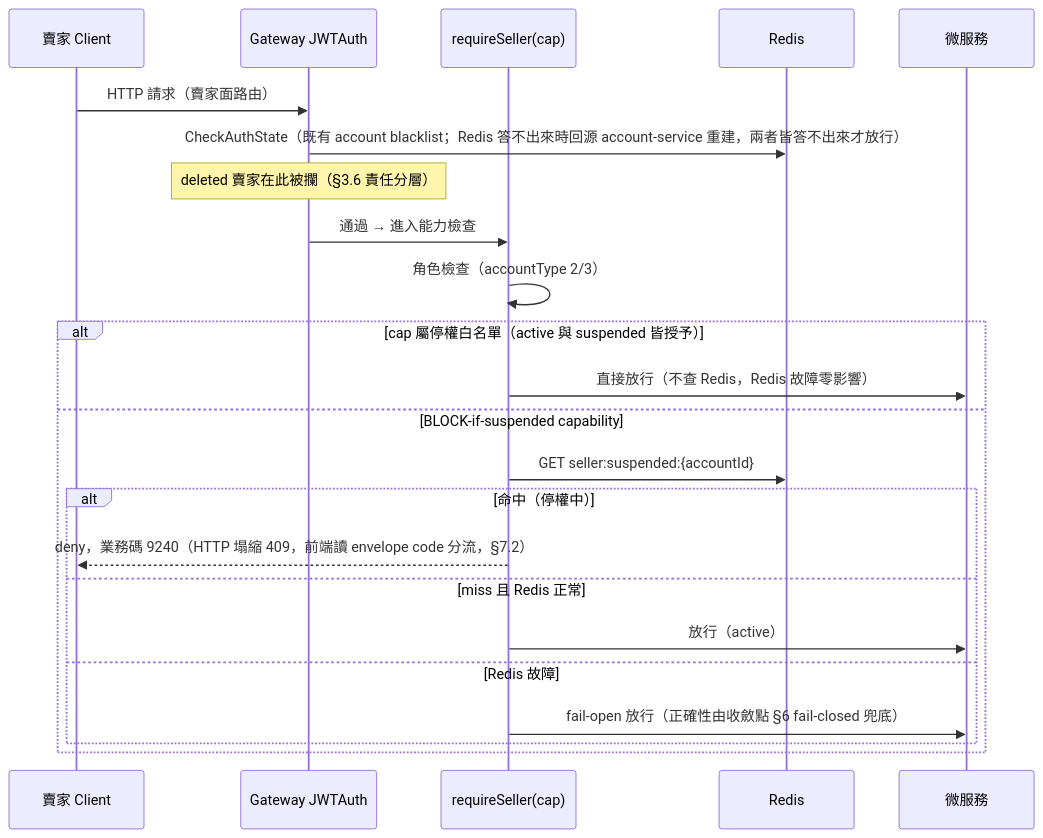
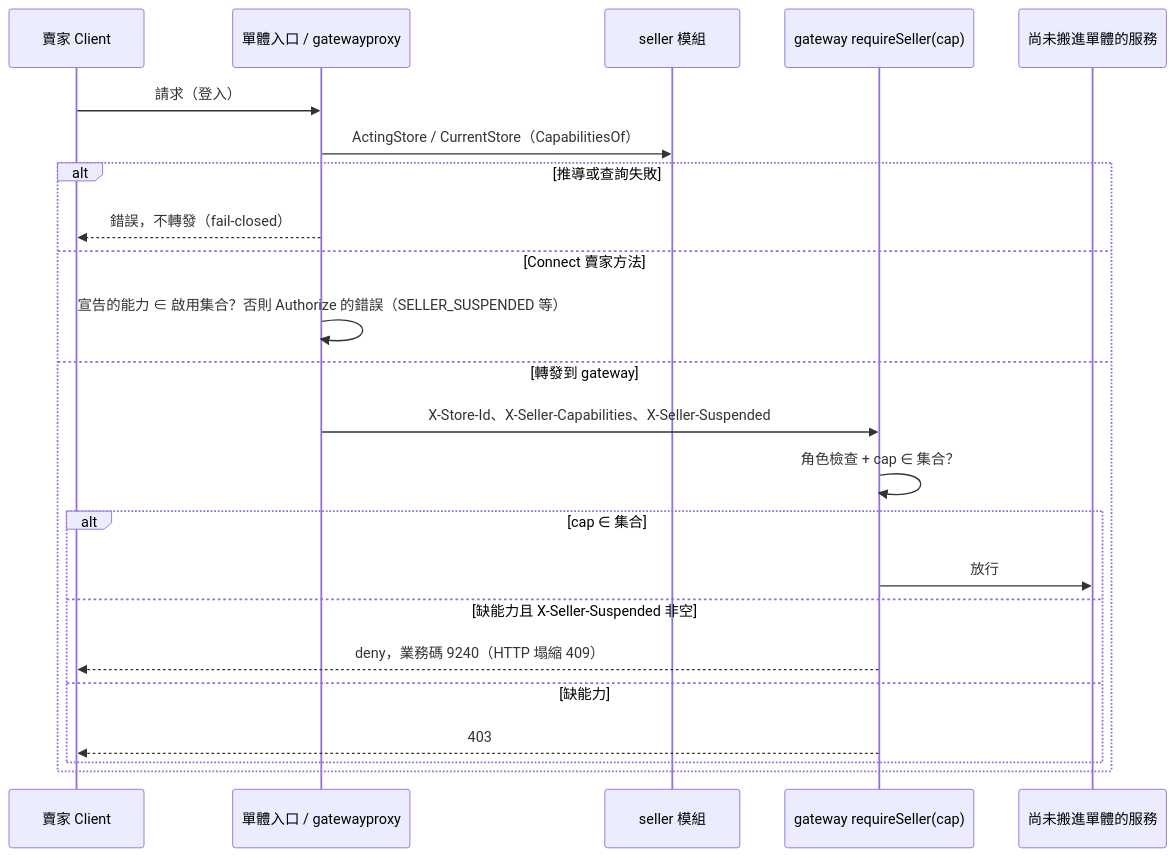
One commit to Will413028/hawkr changed the second of 2 diagrams in backend/docs/詳細設計書/46-賣家能力權限層（Seller Capability Authorization）詳細設計書.md. Above: the diagram before and after it, drawn with Mermaid. The commit also changed other lines of this file, not shown here.

Commit message:
docs(backend): 設計書 46 刪掉只對 seller-service 成立的內容，賣家部分改寫成單體現況

````diff
--- a/backend/docs/詳細設計書/46-賣家能力權限層（Seller Capability Authorization）詳細設計書.md
+++ b/backend/docs/詳細設計書/46-賣家能力權限層（Seller Capability Authorization）詳細設計書.md
@@ -225,26 +185,26 @@
 ```mermaid
 sequenceDiagram
     participant C as 賣家 Client
-    participant J as Gateway JWTAuth
-    participant RS as requireSeller(cap)
-    participant R as Redis
-    participant MS as 微服務
+    participant E as 單體入口 / gatewayproxy
+    participant S as seller 模組
+    participant G as gateway requireSeller(cap)
+    participant MS as 尚未搬進單體的服務
 
-    C->>J: HTTP 請求（賣家面路由）
-    J->>R: CheckAuthState（既有 account blacklist；Redis 答不出來時回源 account-service 重建，兩者皆答不出來才放行）
-    Note over J: deleted 賣家在此被攔（§3.6 責任分層）
-    J->>RS: 通過 → 進入能力檢查
-    RS->>RS: 角色檢查（accountType 2/3）
-    alt cap 屬停權白名單（active 與 suspended 皆授予）
-        RS->>MS: 直接放行（不查 Redis，Redis 故障零影響）
-    else BLOCK-if-suspended capability
-        RS->>R: GET seller:suspended:{accountId}
-        alt 命中（停權中）
-            RS-->>C: deny，業務碼 9240（HTTP 塌縮 409，前端讀 envelope code 分流，§7.2）
-        else miss 且 Redis 正常
-            RS->>MS: 放行（active）
-        else Redis 故障
-            RS->>MS: fail-open 放行（正確性由收斂點 §6 fail-closed 兜底）
+    C->>E: 請求（登入）
+    E->>S: ActingStore / CurrentStore（CapabilitiesOf）
+    alt 推導或查詢失敗
+        E-->>C: 錯誤，不轉發（fail-closed）
+    else Connect 賣家方法
+        E->>E: 宣告的能力 ∈ 啟用集合？否則 Authorize 的錯誤（SELLER_SUSPENDED 等）
+    else 轉發到 gateway
+        E->>G: X-Store-Id、X-Seller-Capabilities、X-Seller-Suspended
+        G->>G: 角色檢查 + cap ∈ 集合？
+        alt cap ∈ 集合
+            G->>MS: 放行
+        else 缺能力且 X-Seller-Suspended 非空
+            G-->>C: deny，業務碼 9240（HTTP 塌縮 409）
+        else 缺能力
+            G-->>C: 403
         end
     end
 ```
````
